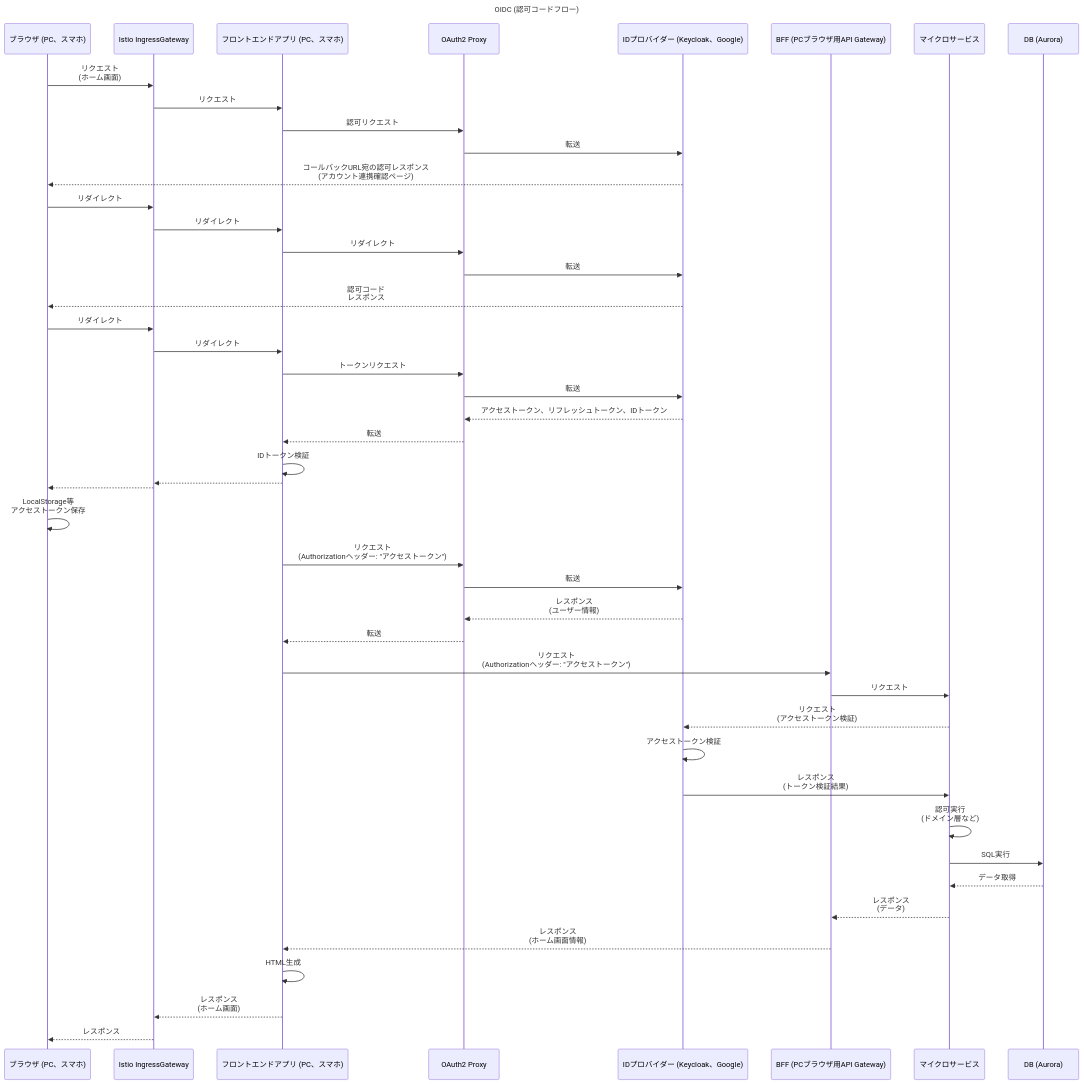
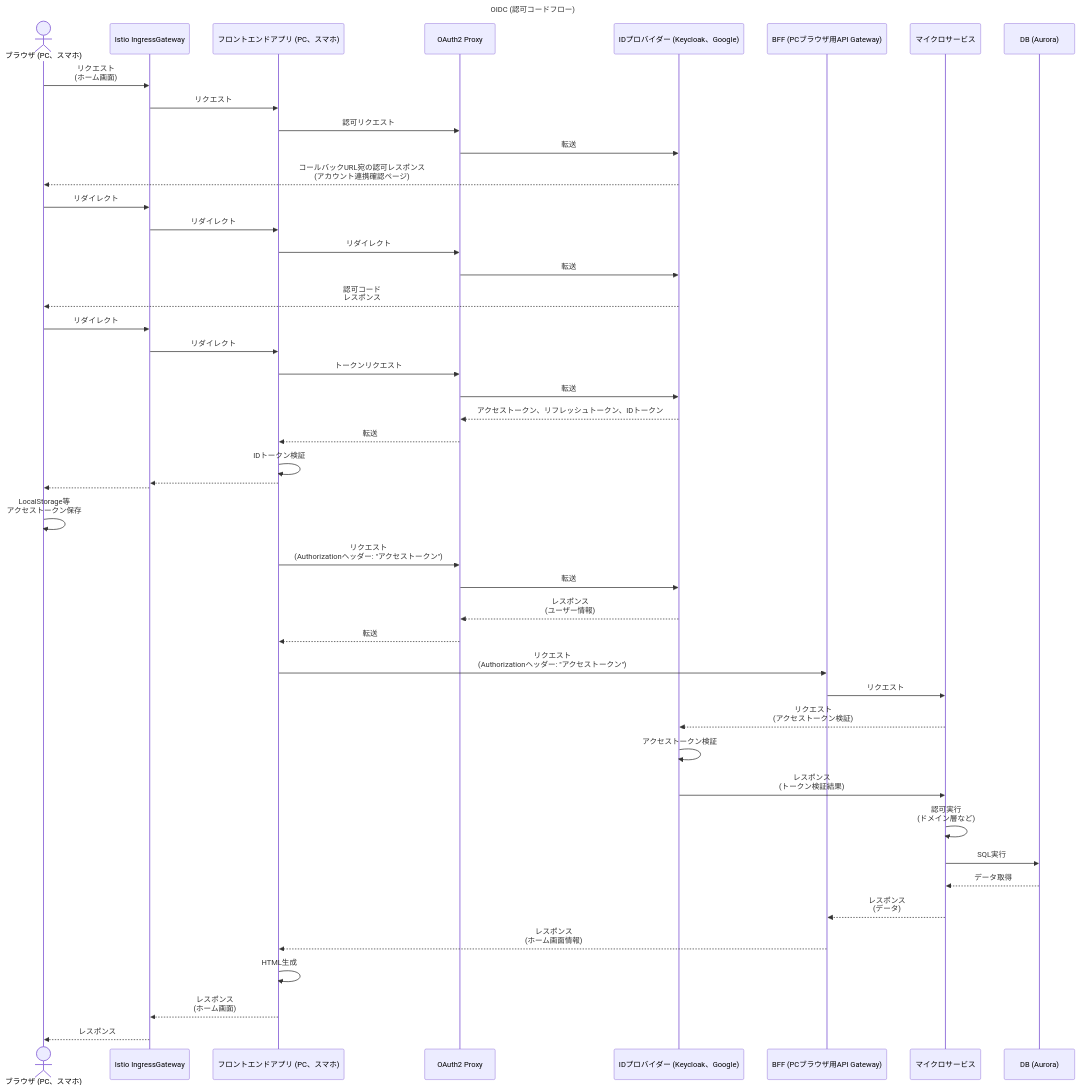
One commit to hiroki-it/hatenablog changed the diagram in dist/draft/【Kubernetes☸️】CNCFとAWSを組み合わせたマイクロサービスアーキテクチャ設計の考察.md. Above: the diagram before and after it, drawn with Mermaid.

Commit message:
update 記事を更新した。

````diff
--- a/dist/draft/【Kubernetes☸️】CNCFとAWSを組み合わせたマイクロサービスアーキテクチャ設計の考察.md
+++ b/dist/draft/【Kubernetes☸️】CNCFとAWSを組み合わせたマイクロサービスアーキテクチャ設計の考察.md
@@ -68,79 +68,82 @@
 ```mermaid
 ---
 title: OIDC (認可コードフロー)
 ---
 sequenceDiagram
+
+    actor ブラウザ (PC、スマホ)
+
     ブラウザ (PC、スマホ) ->> Istio IngressGateway: リクエスト<br>(ホーム画面)
 
     Istio IngressGateway ->> フロントエンドアプリ (PC、スマホ) : リクエスト
 
     フロントエンドアプリ (PC、スマホ) ->> OAuth2 Proxy: 認可リクエスト
 
     OAuth2 Proxy ->> IDプロバイダー (Keycloak、Google) : 転送
 
     IDプロバイダー (Keycloak、Google) -->> ブラウザ (PC、スマホ) : コールバックURL宛の認可レスポンス<br>(アカウント連携確認ページ)
 
     ブラウザ (PC、スマホ) ->> Istio IngressGateway: リダイレクト
 
     Istio IngressGateway ->> フロントエンドアプリ (PC、スマホ) : リダイレクト
 
     フロントエンドアプリ (PC、スマホ) ->> OAuth2 Proxy: リダイレクト
 
     OAuth2 Proxy ->> IDプロバイダー (Keycloak、Google) : 転送
 
     IDプロバイダー (Keycloak、Google) -->> ブラウザ (PC、スマホ) : 認可コード<br>レスポンス
 
     ブラウザ (PC、スマホ) ->> Istio IngressGateway: リダイレクト
 
     Istio IngressGateway ->> フロントエンドアプリ (PC、スマホ) : リダイレクト
 
     フロントエンドアプリ (PC、スマホ) ->> OAuth2 Proxy: トークンリクエスト
 
     OAuth2 Proxy ->> IDプロバイダー (Keycloak、Google) : 転送
 
     IDプロバイダー (Keycloak、Google) -->> OAuth2 Proxy : アクセストークン、リフレッシュトークン、IDトークン
 
     OAuth2 Proxy -->> フロントエンドアプリ (PC、スマホ) : 転送
 
     フロントエンドアプリ (PC、スマホ) ->> フロントエンドアプリ (PC、スマホ) : IDトークン検証
 
-フロントエンドアプリ (PC、スマホ) -->> Istio IngressGateway : 
+    フロントエンドアプリ (PC、スマホ) -->> Istio IngressGateway : 
 
-Istio IngressGateway -->> ブラウザ (PC、スマホ) :
+    Istio IngressGateway -->> ブラウザ (PC、スマホ) : 
 
-ブラウザ (PC、スマホ) ->> ブラウザ (PC、スマホ) : LocalStorage等<br>アクセストークン保存
+    ブラウザ (PC、スマホ) ->> ブラウザ (PC、スマホ) : LocalStorage等<br>アクセストークン保存
 
-フロントエンドアプリ (PC、スマホ) ->> OAuth2 Proxy: リクエスト<br>(Authorizationヘッダー: "アクセストークン")
+    フロントエンドアプリ (PC、スマホ) ->> OAuth2 Proxy: リクエスト<br>(Authorizationヘッダー: "アクセストークン")
 
-OAuth2 Proxy ->> IDプロバイダー (Keycloak、Google) : 転送
+    OAuth2 Proxy ->> IDプロバイダー (Keycloak、Google) : 転送
 
-IDプロバイダー (Keycloak、Google) -->> OAuth2 Proxy : レスポンス<br>(ユーザー情報)
+    IDプロバイダー (Keycloak、Google) -->> OAuth2 Proxy : レスポンス<br>(ユーザー情報)
 
-OAuth2 Proxy -->> フロントエンドアプリ (PC、スマホ) : 転送
+    OAuth2 Proxy -->> フロントエンドアプリ (PC、スマホ) : 転送
 
-フロントエンドアプリ (PC、スマホ) ->> BFF (PCブラウザ用API Gateway): リクエスト<br>(Authorizationヘッダー: "アクセストークン")
+    フロントエンドアプリ (PC、スマホ) ->> BFF (PCブラウザ用API Gateway): リクエスト<br>(Authorizationヘッダー: "アクセストークン")
 
-BFF (PCブラウザ用API Gateway) ->> マイクロサービス : リクエスト
+    BFF (PCブラウザ用API Gateway) ->> マイクロサービス : リクエスト
 
-マイクロサービス -->> IDプロバイダー (Keycloak、Google) : リクエスト<br>(アクセストークン検証)
+    マイクロサービス -->> IDプロバイダー (Keycloak、Google) : リクエスト<br>(アクセストークン検証)
 
-IDプロバイダー (Keycloak、Google) ->> IDプロバイダー (Keycloak、Google) : アクセストークン検証
+    IDプロバイダー (Keycloak、Google) ->> IDプロバイダー (Keycloak、Google) : アクセストークン検証
 
-IDプロバイダー (Keycloak、Google) ->> マイクロサービス : レスポンス<br>(トークン検証結果)
+    IDプロバイダー (Keycloak、Google) ->> マイクロサービス : レスポンス<br>(トークン検証結果)
 
-マイクロサービス ->> マイクロサービス : 認可実行<br>(ドメイン層など)
+    マイクロサービス ->> マイクロサービス : 認可実行<br>(ドメイン層など)
 
-マイクロサービス ->> DB (Aurora): SQL実行
+    マイクロサービス ->> DB (Aurora): SQL実行
 
-DB (Aurora) -->> マイクロサービス : データ取得
+    DB (Aurora) -->> マイクロサービス : データ取得
 
-マイクロサービス -->> BFF (PCブラウザ用API Gateway) : レスポンス<br>(データ)
+    マイクロサービス -->> BFF (PCブラウザ用API Gateway) : レスポンス<br>(データ)
 
-BFF (PCブラウザ用API Gateway) -->> フロントエンドアプリ (PC、スマホ) : レスポンス<br>(ホーム画面情報)
+    BFF (PCブラウザ用API Gateway) -->> フロントエンドアプリ (PC、スマホ) : レスポンス<br>(ホーム画面情報)
 
-フロントエンドアプリ (PC、スマホ) ->> フロントエンドアプリ (PC、スマホ) : HTML生成
+    フロントエンドアプリ (PC、スマホ) ->> フロントエンドアプリ (PC、スマホ) : HTML生成
 
-フロントエンドアプリ (PC、スマホ) -->> Istio IngressGateway: レスポンス<br>(ホーム画面)
+    フロントエンドアプリ (PC、スマホ) -->> Istio IngressGateway: レスポンス<br>(ホーム画面)
 
-Istio IngressGateway -->> ブラウザ (PC、スマホ): レスポンス
+    Istio IngressGateway -->> ブラウザ (PC、スマホ): レスポンス
 ```
````
